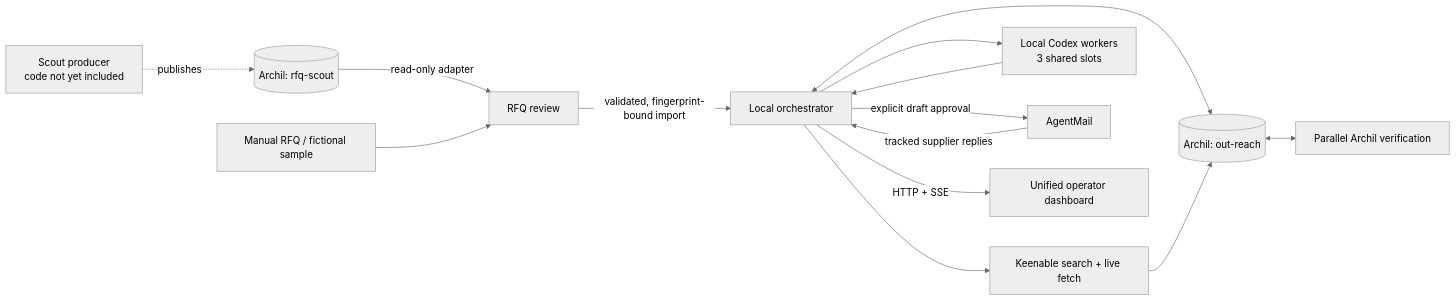
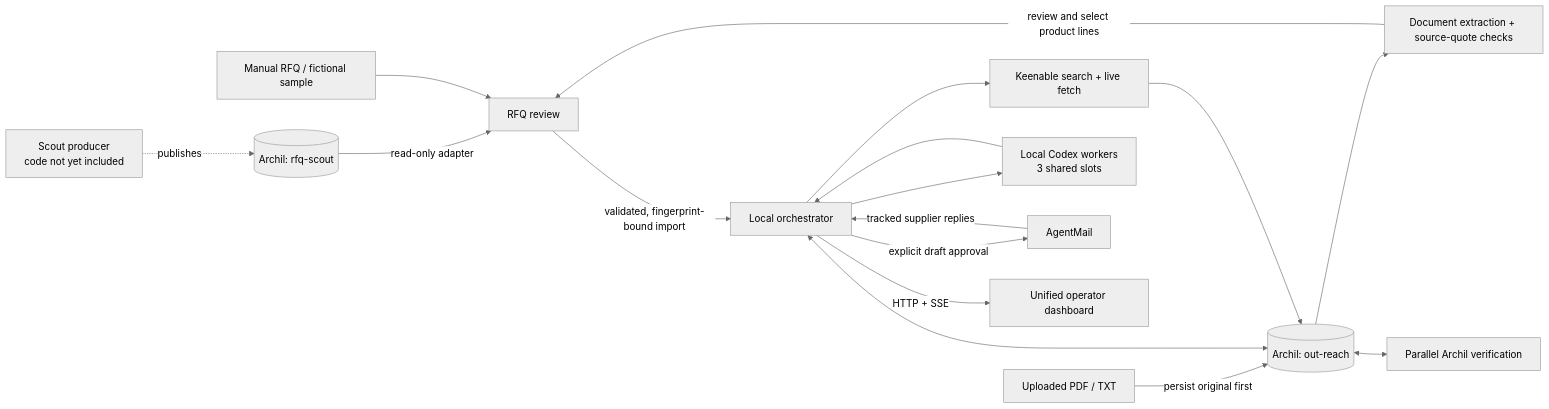
Before and after one commit to JHJORE/hackathon_archil: the diagram in docs/architecture.md, drawn with Mermaid (neutral theme). The commit also changed other lines of this file and 36 other files, not shown here.

````diff
--- a/docs/architecture.md
+++ b/docs/architecture.md
@@ -7,16 +7,19 @@
 ```mermaid
 flowchart LR
     P["Scout producer<br/>code not yet included"] -. publishes .-> S[("Archil: rfq-scout")]
     S -->|read-only adapter| R["RFQ review"]
     M["Manual RFQ / fictional sample"] --> R
+    F["Uploaded PDF / TXT"] -->|persist original first| D
+    D --> X["Document extraction + source-quote checks"]
+    X -->|review and select product lines| R
     R -->|validated, fingerprint-bound import| O["Local orchestrator"]
     O <--> D[("Archil: out-reach")]
     O --> K["Keenable search + live fetch"]
     K --> D
     O --> C["Local Codex workers<br/>3 shared slots"]
     D <--> V["Parallel Archil verification"]
     C --> O
     O -->|explicit draft approval| E["AgentMail"]
     E -->|tracked supplier replies| O
     O -->|HTTP + SSE| U["Unified operator dashboard"]
 ```
````
